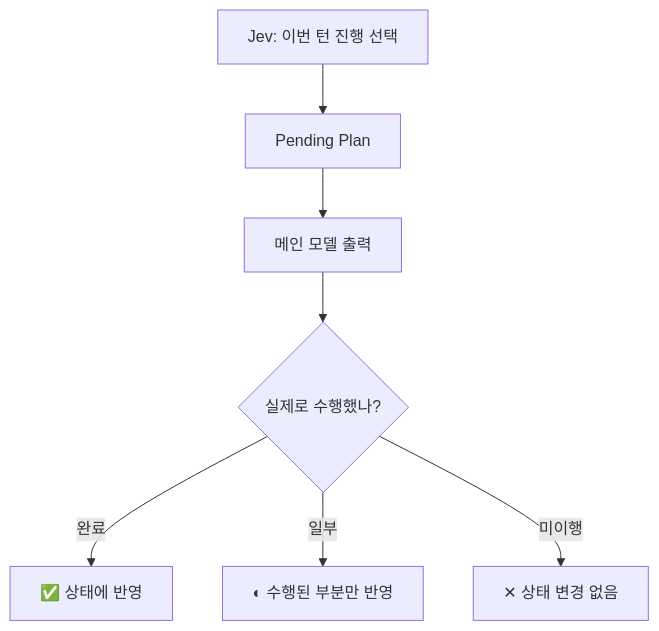
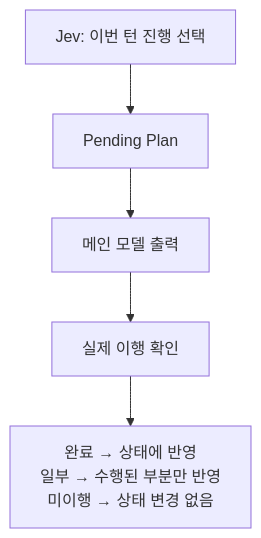
Before and after one commit to bongbong11/-_-: the third of 4 diagrams in README.md, drawn with Mermaid. The commit also changed other lines of this file, not shown here.

```diff
--- a/README.md
+++ b/README.md
@@ -201,10 +239,7 @@
 ~~~mermaid
 flowchart TD
     A["Jev: 이번 턴 진행 선택"] --> B["Pending Plan"]
     B --> C["메인 모델 출력"]
-    C --> D{"실제로 수행했나?"}
-
-    D -->|"완료"| E["✅ 상태에 반영"]
-    D -->|"일부"| F["◐ 수행된 부분만 반영"]
-    D -->|"미이행"| G["✕ 상태 변경 없음"]
+    C --> D["실제 이행 확인"]
+    D --> E["완료 → 상태에 반영<br/>일부 → 수행된 부분만 반영<br/>미이행 → 상태 변경 없음"]
 ~~~
```
